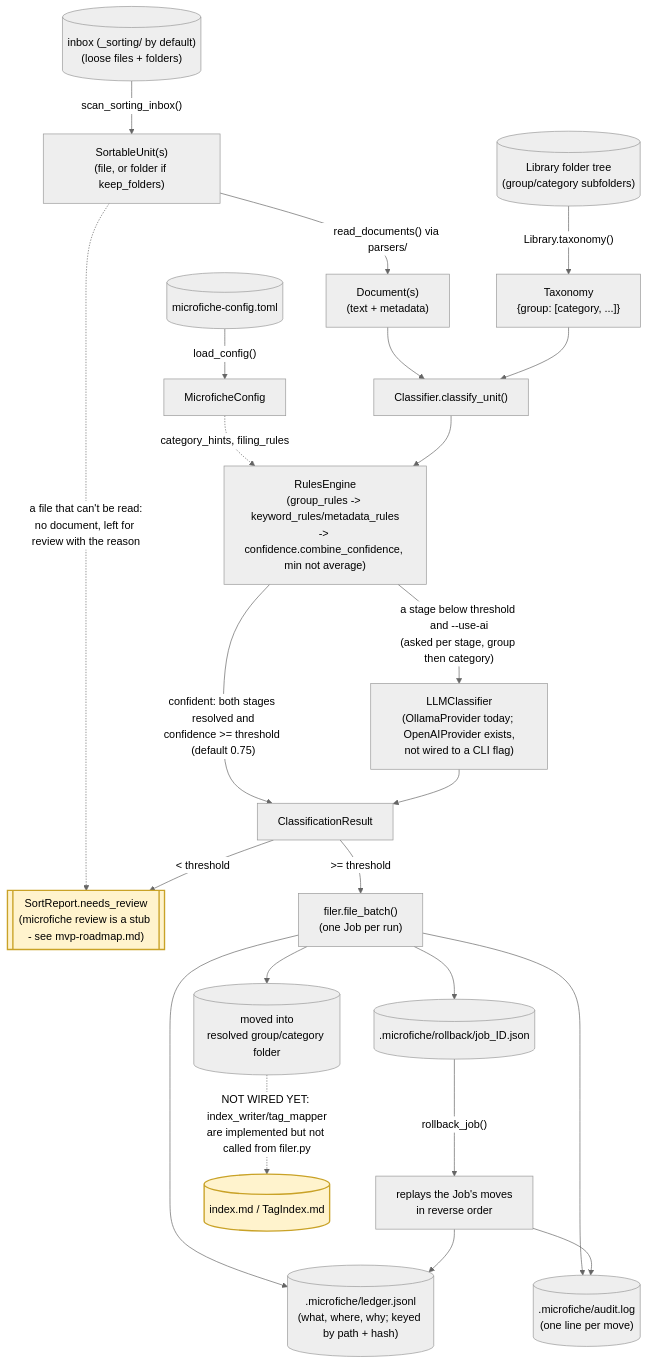
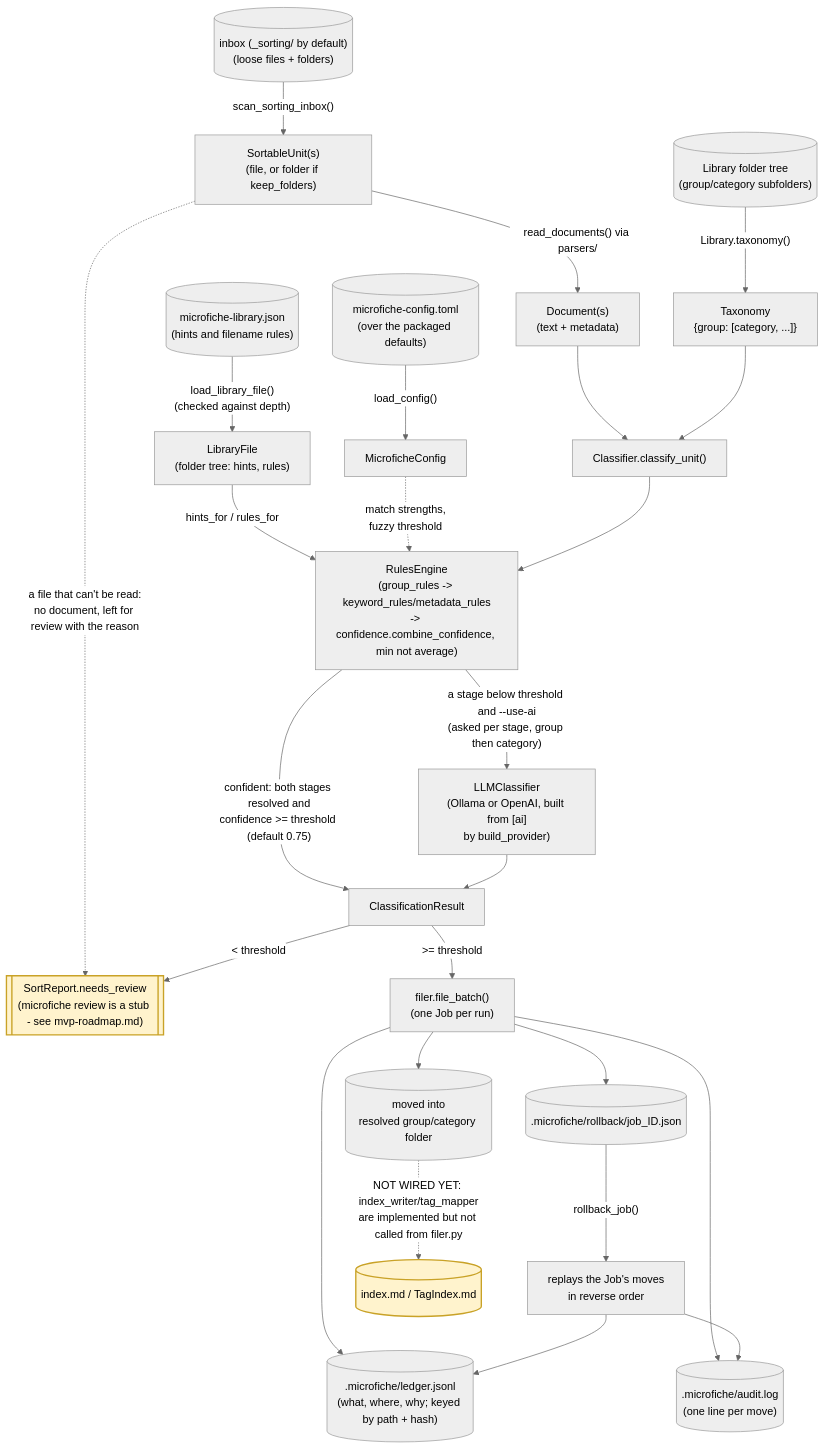
The second of 2 diagrams in docs/development/module-diagram.md (richard-gledhill/microfiche), drawn with Mermaid (neutral theme) before and after one commit. The commit also changed other lines of this file, not shown here.

First line of the commit message:
docs: regenerate the module diagram from the current imports

````diff
--- a/docs/development/module-diagram.md
+++ b/docs/development/module-diagram.md
@@ -216,36 +241,39 @@
 ```mermaid
 flowchart TD
     LibraryTree[("Library folder tree\n(group/category subfolders)")]
     SortingInbox[("inbox (_sorting/ by default)\n(loose files + folders)")]
-    ConfigFile[("microfiche-config.toml")]
+    ConfigFile[("microfiche-config.toml\n(over the packaged defaults)")]
+    LibraryFileJson[("microfiche-library.json\n(hints and filename rules)")]
 
     LibraryTree -->|"Library.taxonomy()"| Taxonomy["Taxonomy\n{group: [category, ...]}"]
     ConfigFile -->|"load_config()"| Config["MicroficheConfig"]
+    LibraryFileJson -->|"load_library_file()\n(checked against depth)"| LibraryFile["LibraryFile\n(folder tree: hints, rules)"]
     SortingInbox -->|"scan_sorting_inbox()"| Units["SortableUnit(s)\n(file, or folder if keep_folders)"]
     Units -->|"read_documents() via parsers/"| Documents["Document(s)\n(text + metadata)"]
     Units -.->|"a file that can't be read:\nno document, left for review with the reason"| NeedsReview
 
     Documents --> ClassifyUnit["Classifier.classify_unit()"]
     Taxonomy --> ClassifyUnit
-    Config -.->|"category_hints, filing_rules"| RulesEngine
+    LibraryFile -->|"hints_for / rules_for"| RulesEngine
+    Config -.->|"match strengths,\nfuzzy threshold"| RulesEngine
     ClassifyUnit --> RulesEngine["RulesEngine\n(group_rules -> keyword_rules/metadata_rules\n-> confidence.combine_confidence, min not average)"]
     RulesEngine -->|"confident: both stages resolved and\nconfidence >= threshold (default 0.75)"| Result["ClassificationResult"]
-    RulesEngine -->|"a stage below threshold and --use-ai\n(asked per stage, group then category)"| LLM["LLMClassifier\n(OllamaProvider today; OpenAIProvider exists,\nnot wired to a CLI flag)"]
+    RulesEngine -->|"a stage below threshold and --use-ai\n(asked per stage, group then category)"| LLM["LLMClassifier\n(Ollama or OpenAI, built from [ai]\nby build_provider)"]
     LLM --> Result
 
     Result -->|">= threshold"| FileUnit["filer.file_batch()\n(one Job per run)"]
     Result -->|"< threshold"| NeedsReview[["SortReport.needs_review\n(microfiche review is a stub - see mvp-roadmap.md)"]]
 
     FileUnit --> FiledDoc[("moved into\nresolved group/category folder")]
     FileUnit --> Ledger[(".microfiche/ledger.jsonl\n(what, where, why; keyed by path + hash)")]
     FileUnit --> AuditLog[(".microfiche/audit.log\n(one line per move)")]
     FileUnit --> JobFile[(".microfiche/rollback/job_ID.json")]
     JobFile -->|"rollback_job()"| Rollback["replays the Job's moves\nin reverse order"]
     Rollback --> Ledger
     Rollback --> AuditLog
 
     FiledDoc -.->|"NOT WIRED YET: index_writer/tag_mapper\nare implemented but not called from filer.py"| ObsidianOut[("index.md / TagIndex.md")]
 
     classDef gap fill:#fff3cd,stroke:#c9a227,stroke-width:2px
     class NeedsReview,ObsidianOut gap
 ```
````
